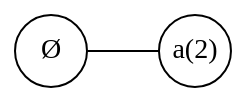
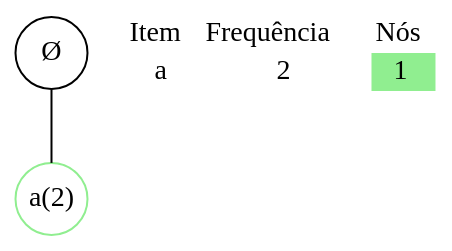
One commit to gahag-notes/descriptive-learning changed the fourth of 11 diagrams in notebook.org. Above: the diagram before and after it, drawn with Graphviz. The commit also changed other lines of this file and 11 other files, not shown here.

```diff
--- a/notebook.org
+++ b/notebook.org
@@ -384,11 +393,21 @@
        #+begin_src dot :file images/fp-tree-4.svg
          graph g {
-           graph [ bgcolor = transparent, rankdir = LR ]
+           graph [ bgcolor = transparent ]
            node [ shape=circle, margin = 0 ]
-   
+
            root [ label = Ø ];
-           a1 [ label = "a(2)" ]
-   
+           a1 [ label = "a(2)", color = lightgreen ]
+
+           tbl [
+             shape = plaintext
+             label = <
+               <table border='0' cellspacing='0'>
+                 <tr><td>Item</td><td>Frequência</td><td>Nós</td></tr>
+                 <tr><td>a</td><td>2</td><td bgcolor='lightgreen'>1</td></tr>
+               </table>
+             >
+           ]
+
            root -- a1
          }
        #+end_src
```
